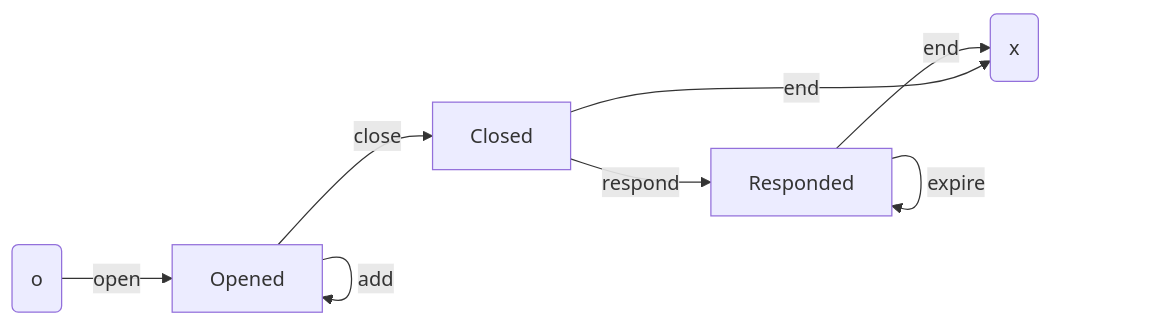
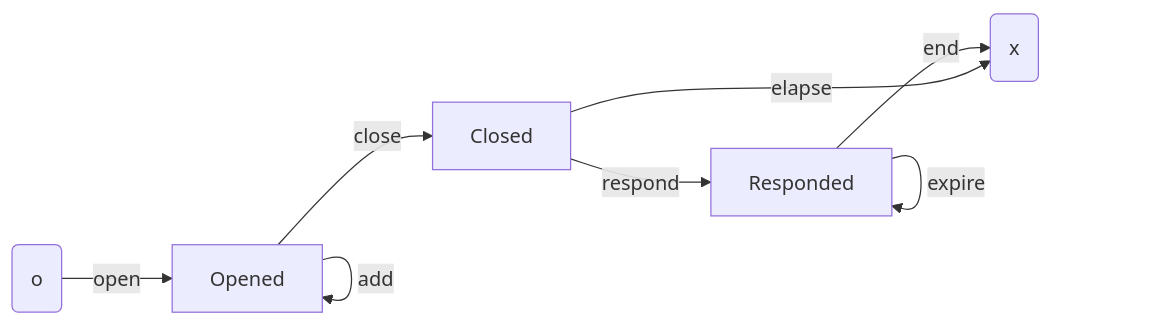
Before and after one commit to cardano-lightning/konduit: the first of 12 diagrams in docs/design/requirements/31_kernel.md, drawn with Mermaid. The commit also changed other lines of this file, not shown here.

````diff
--- a/docs/design/requirements/31_kernel.md
+++ b/docs/design/requirements/31_kernel.md
@@ -43,28 +43,28 @@
 ```mermaid
 flowchart LR
     n0("o")
 
     opened["
     Opened \n
     "]
 
     closed["
     Closed \n
     "]
 
     responded["
     Responded
     "]
 
     n1("x")
 
     n0 -->|open| opened
     opened -->|sub| opened
     opened --->|add| opened
     opened -->|close| closed
     closed -->|respond| responded
     responded -->|unlock| responded
     responded -->|expire| responded
     responded -->|end| n1
-    closed -->|end| n1
+    closed -->|elapse| n1
 ```
````
